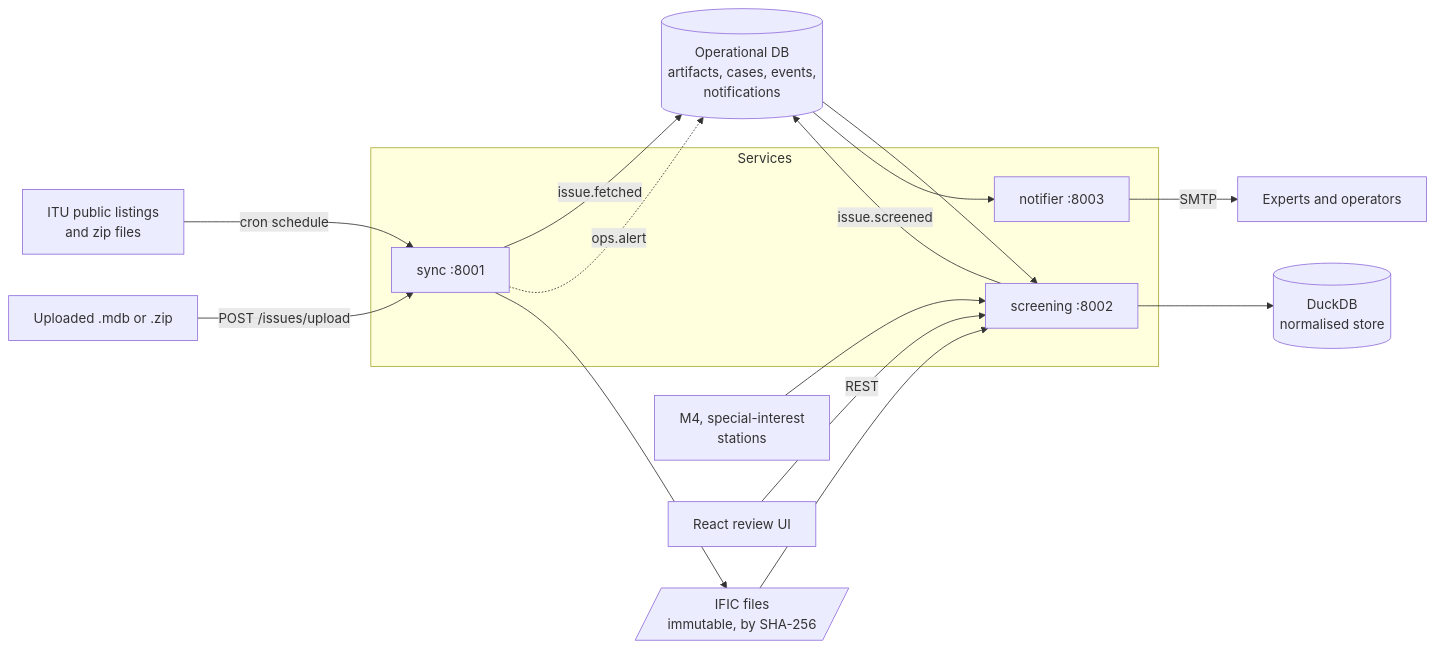
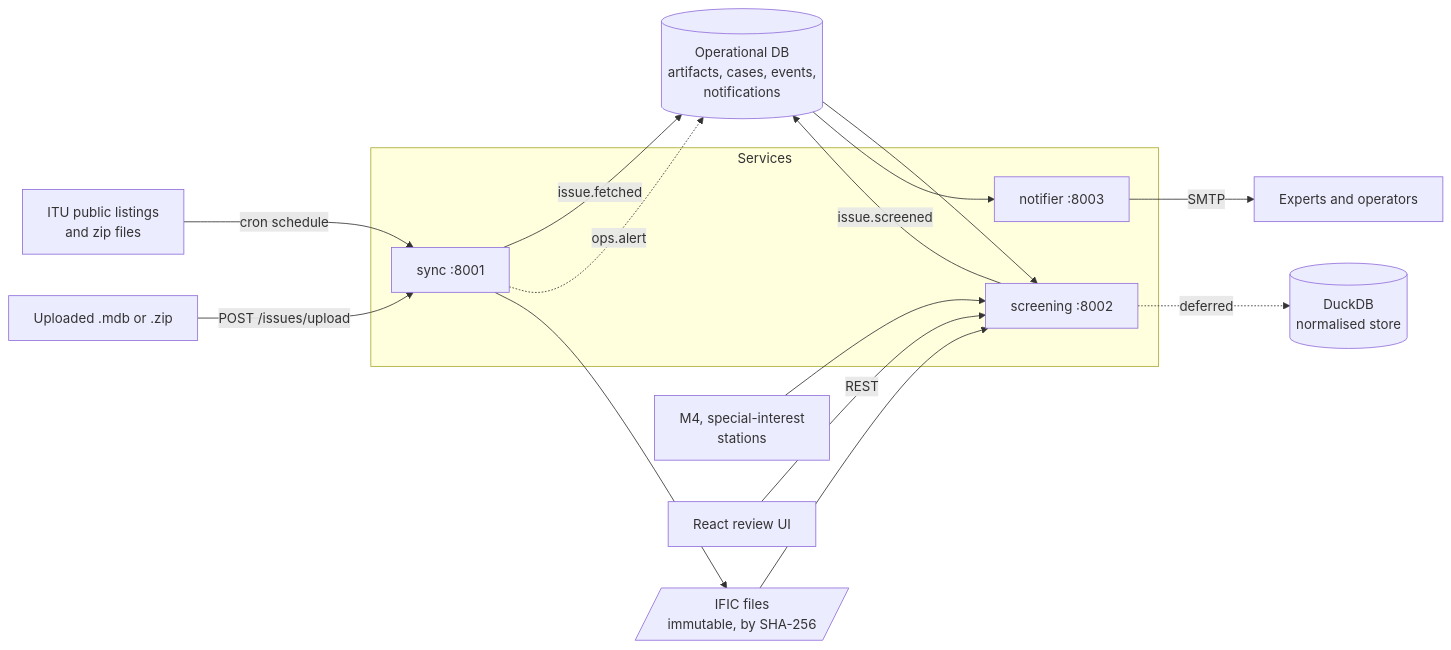
The diagram in docs/services-architecture.md (KH4St3H/taivas-guard), drawn with Mermaid before and after one commit. The commit also changed other lines of this file and 4 other files, not shown here.

First line of the commit message:
Add the README and demo script, and update the architecture docs

````diff
--- a/docs/services-architecture.md
+++ b/docs/services-architecture.md
@@ -23,25 +23,25 @@
 ```mermaid
 flowchart LR
     ITU[ITU public listings<br/>and zip files] -->|cron schedule| SYNC
     UPLOAD[Uploaded .mdb or .zip] -->|POST /issues/upload| SYNC
 
     subgraph Services
         SYNC[sync :8001]
         SCREEN[screening :8002]
         NOTIFY[notifier :8003]
     end
 
     SYNC -->|issue.fetched| OPS[(Operational DB<br/>artifacts, cases, events,<br/>notifications)]
     OPS --> SCREEN
     SCREEN -->|issue.screened| OPS
     OPS --> NOTIFY
     SYNC -.->|ops.alert| OPS
 
     SYNC --> FILES[/IFIC files<br/>immutable, by SHA-256/]
     FILES --> SCREEN
-    SCREEN --> DUCK[(DuckDB<br/>normalised store)]
+    SCREEN -.deferred.-> DUCK[(DuckDB<br/>normalised store)]
     NATIONAL[M4, special-interest<br/>stations] --> SCREEN
 
     NOTIFY -->|SMTP| MAIL[Experts and operators]
     UI[React review UI] -->|REST| SCREEN
 ```
````
